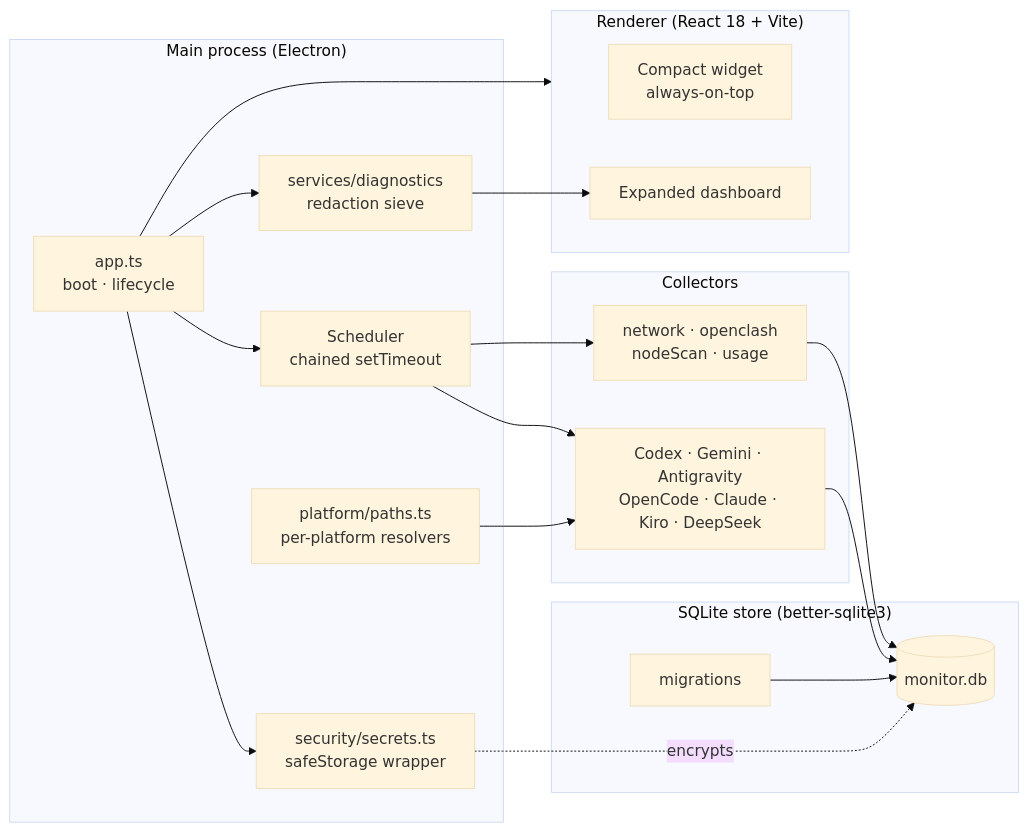
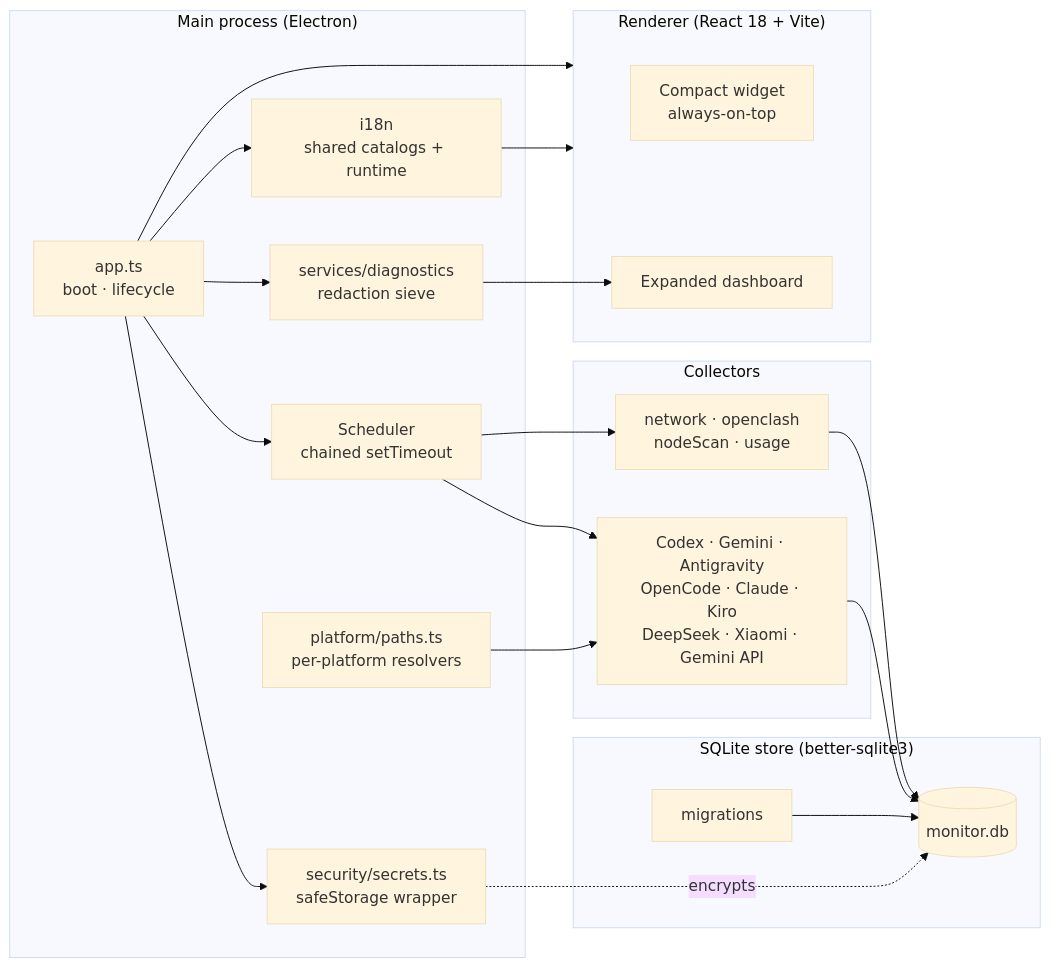
One commit to VirgoooooX/Monitor changed the diagram in README.md. Above: the diagram before and after it, drawn with Mermaid (base theme). The commit also changed other lines of this file and 10 other files, not shown here.

Commit message:
Add i18n support and usage chart translations

````diff
--- a/README.md
+++ b/README.md
@@ -163,38 +193,41 @@
 ```mermaid
 flowchart LR
   subgraph Main["Main process (Electron)"]
     APP[app.ts<br/>boot · lifecycle]
     SCHED[Scheduler<br/>chained setTimeout]
     PATHS[platform/paths.ts<br/>per-platform resolvers]
     SECRETS[security/secrets.ts<br/>safeStorage wrapper]
     DIAG[services/diagnostics<br/>redaction sieve]
+    I18N[i18n<br/>shared catalogs + runtime]
   end
 
   subgraph Collectors["Collectors"]
     NET[network · openclash<br/>nodeScan · usage]
-    AI[Codex · Gemini · Antigravity<br/>OpenCode · Claude · Kiro · DeepSeek]
+    AI[Codex · Gemini · Antigravity<br/>OpenCode · Claude · Kiro<br/>DeepSeek · Xiaomi · Gemini API]
   end
 
   subgraph Store["SQLite store (better-sqlite3)"]
     DB[(monitor.db)]
     MIGS[migrations]
   end
 
   subgraph Render["Renderer (React 18 + Vite)"]
     COMPACT[Compact widget<br/>always-on-top]
     EXPANDED[Expanded dashboard]
   end
 
   APP --> SCHED
   APP --> SECRETS
   APP --> DIAG
+  APP --> I18N
   SCHED --> NET
   SCHED --> AI
   PATHS --> AI
   NET --> DB
   AI --> DB
   MIGS --> DB
   APP --> Render
+  I18N --> Render
   DIAG --> EXPANDED
   SECRETS -. encrypts .-> DB
 ```
````
